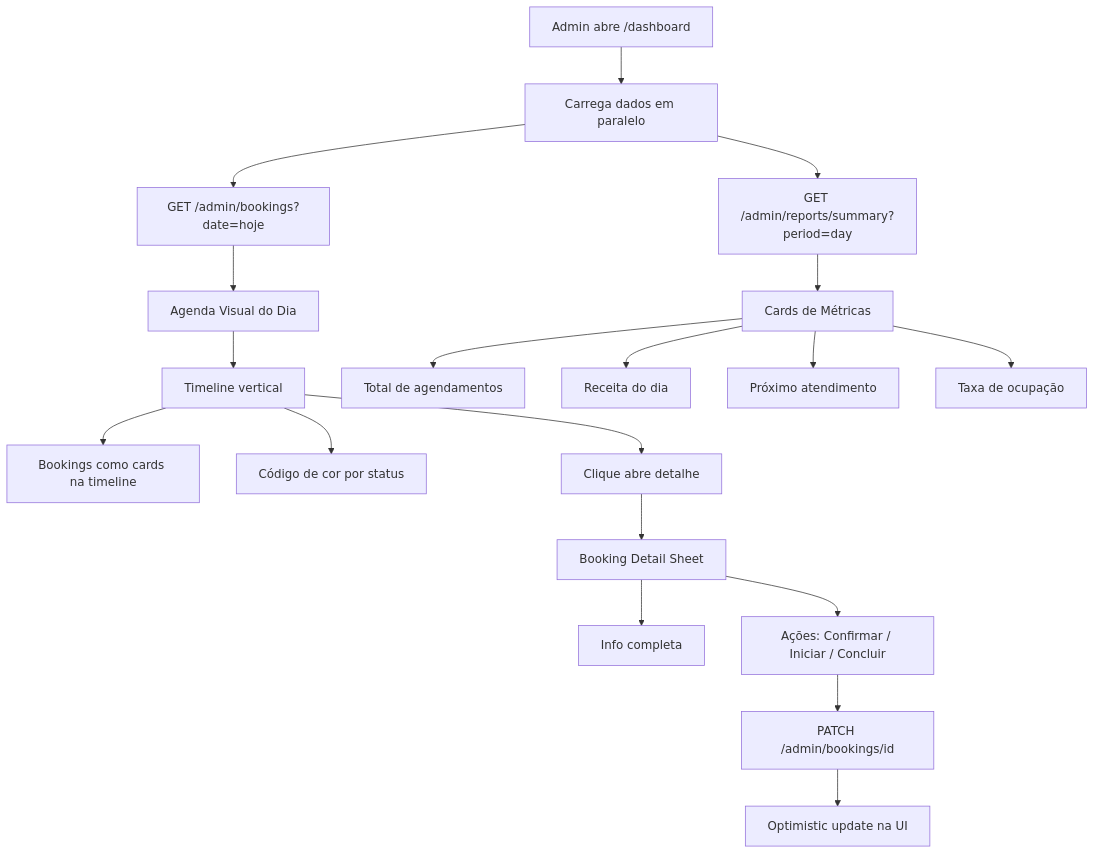
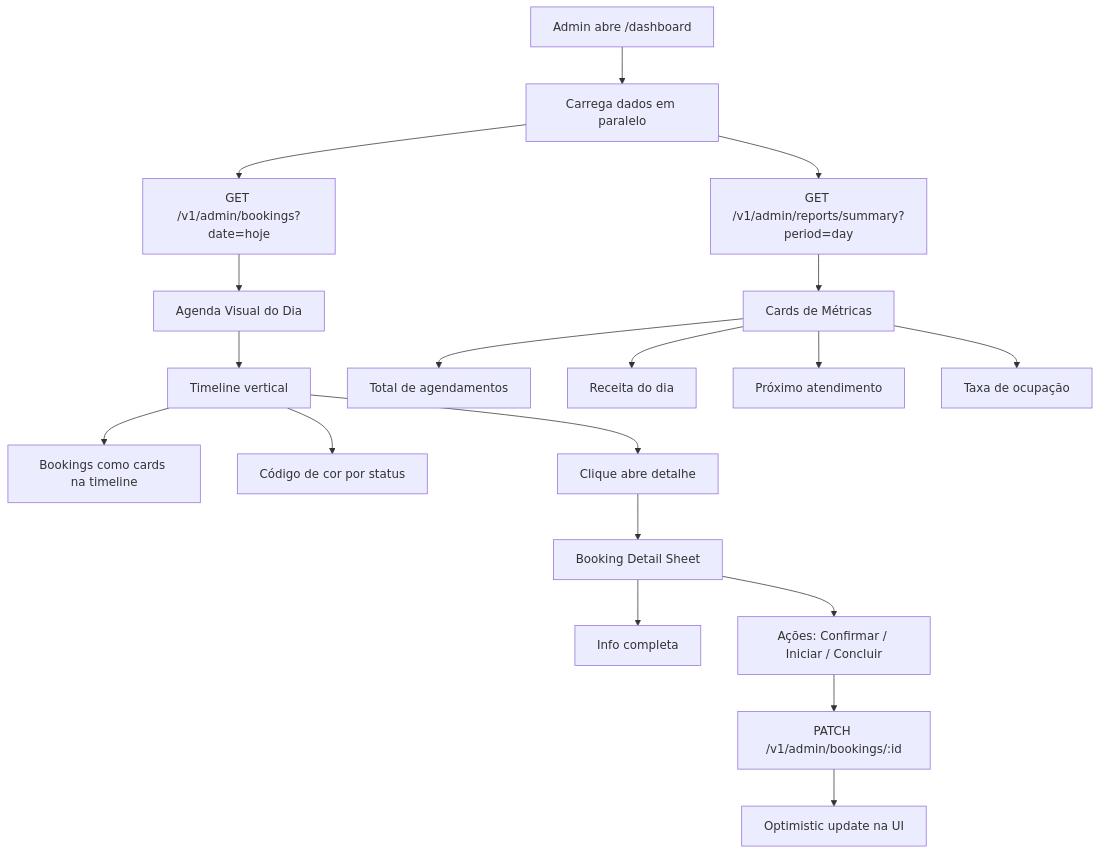
Before and after one commit to tassan/temhorario: the fifth of 13 diagrams in docs/frontend/flows.md, drawn with Mermaid. The commit also changed other lines of this file and 4 other files, not shown here.

First line of the commit message:
docs(frontend): align architecture and flows with API contract

````diff
--- a/docs/frontend/flows.md
+++ b/docs/frontend/flows.md
@@ -134,26 +136,26 @@
 ```mermaid
 flowchart TD
     A[Admin abre /dashboard] --> B[Carrega dados em paralelo]
 
-    B --> C[GET /admin/bookings?date=hoje]
-    B --> D[GET /admin/reports/summary?period=day]
+    B --> C[GET /v1/admin/bookings?date=hoje]
+    B --> D[GET /v1/admin/reports/summary?period=day]
 
     C --> E[Agenda Visual do Dia]
     D --> F[Cards de Métricas]
 
     E --> G[Timeline vertical]
     G --> G1[Bookings como cards na timeline]
     G --> G2[Código de cor por status]
     G --> G3[Clique abre detalhe]
 
     F --> F1[Total de agendamentos]
     F --> F2[Receita do dia]
     F --> F3[Próximo atendimento]
     F --> F4[Taxa de ocupação]
 
     G3 --> H[Booking Detail Sheet]
     H --> H1[Info completa]
     H --> H2[Ações: Confirmar / Iniciar / Concluir]
-    H2 --> I[PATCH /admin/bookings/id]
+    H2 --> I[PATCH /v1/admin/bookings/:id]
     I --> J[Optimistic update na UI]
 ```
````
